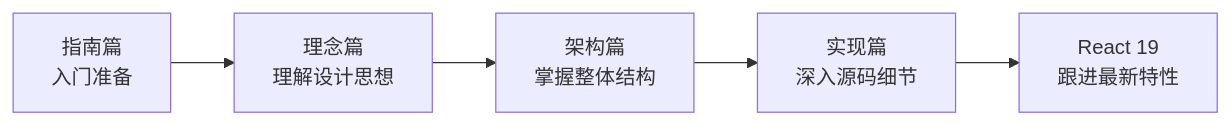
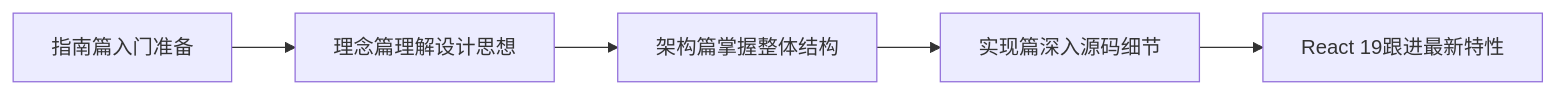
One commit to xuyuxiong/react-source-code-analysis changed the diagram in docs/index.md. Above: the diagram before and after it, drawn with Mermaid.

````diff
--- a/docs/index.md
+++ b/docs/index.md
@@ -62,12 +62,7 @@
 ```mermaid
 graph LR
-    A["指南篇
-    入门准备"] --> B["理念篇
-    理解设计思想"]
-    B --> C["架构篇
-    掌握整体结构"]
-    C --> D["实现篇
-    深入源码细节"]
-    D --> E["React 19
-    跟进最新特性"]
+    A[指南篇入门准备] --> B[理念篇理解设计思想]
+    B --> C[架构篇掌握整体结构]
+    C --> D[实现篇深入源码细节]
+    D --> E[React 19跟进最新特性]
 ```
````
